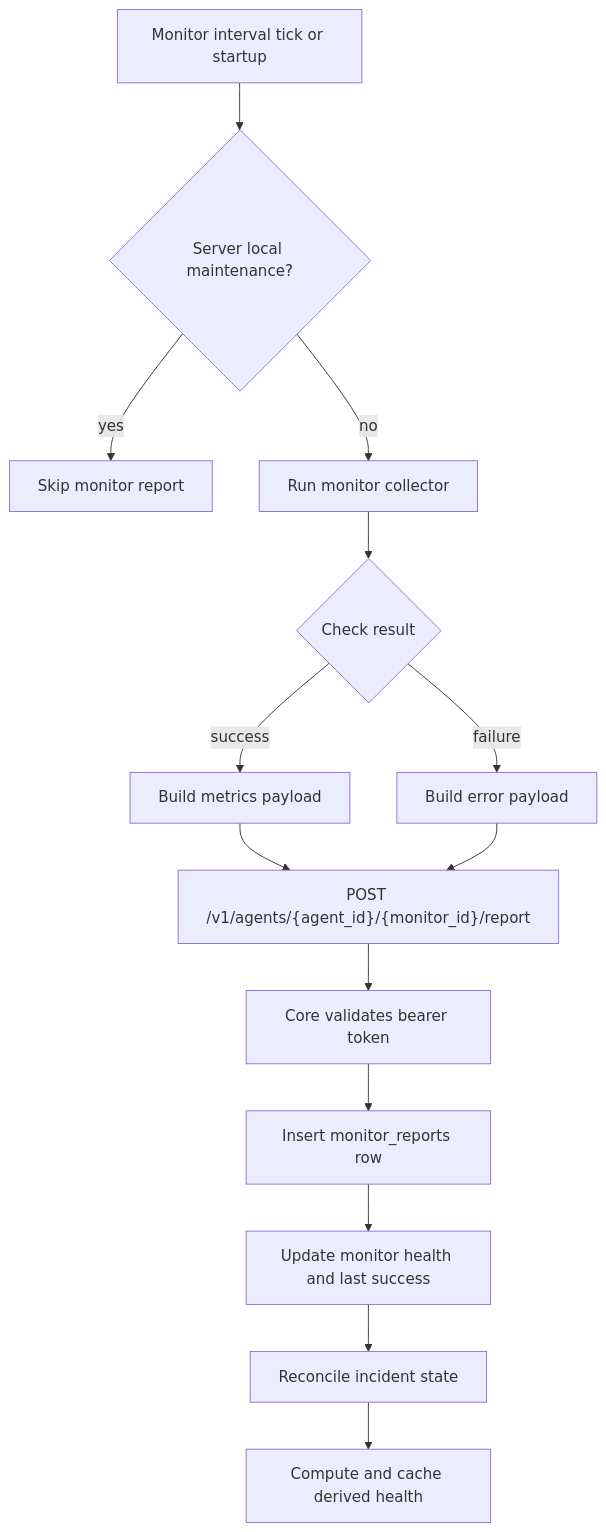
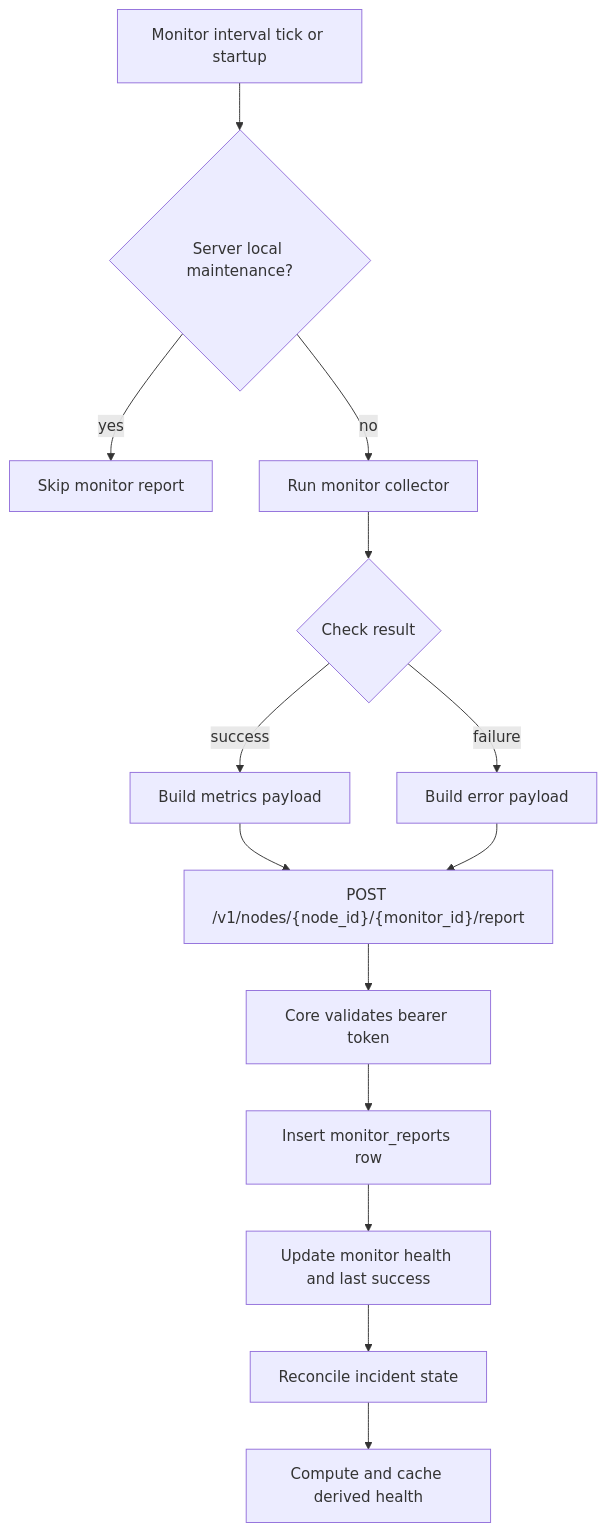
Before and after one commit to sunday-studio/orion: the fifth of 6 diagrams in docs/architecture/data-ingestion.md, drawn with Mermaid. The commit also changed other lines of this file and 815 other files, not shown here.

First line of the commit message:
refactor(repo): rename agent to node, mechanical part

````diff
--- a/docs/architecture/data-ingestion.md
+++ b/docs/architecture/data-ingestion.md
@@ -150,16 +150,16 @@
 ```mermaid
 flowchart TD
   Tick["Monitor interval tick or startup"] --> Maintenance{"Server local maintenance?"}
   Maintenance -- "yes" --> Skip["Skip monitor report"]
   Maintenance -- "no" --> RunCheck["Run monitor collector"]
   RunCheck --> Result{"Check result"}
   Result -- "success" --> Metrics["Build metrics payload"]
   Result -- "failure" --> Error["Build error payload"]
-  Metrics --> Send["POST /v1/agents/{agent_id}/{monitor_id}/report"]
+  Metrics --> Send["POST /v1/nodes/{node_id}/{monitor_id}/report"]
   Error --> Send
   Send --> CoreAuth["Core validates bearer token"]
   CoreAuth --> Store["Insert monitor_reports row"]
   Store --> UpdateMonitor["Update monitor health and last success"]
   UpdateMonitor --> Incidents["Reconcile incident state"]
   Incidents --> Health["Compute and cache derived health"]
 ```
````
